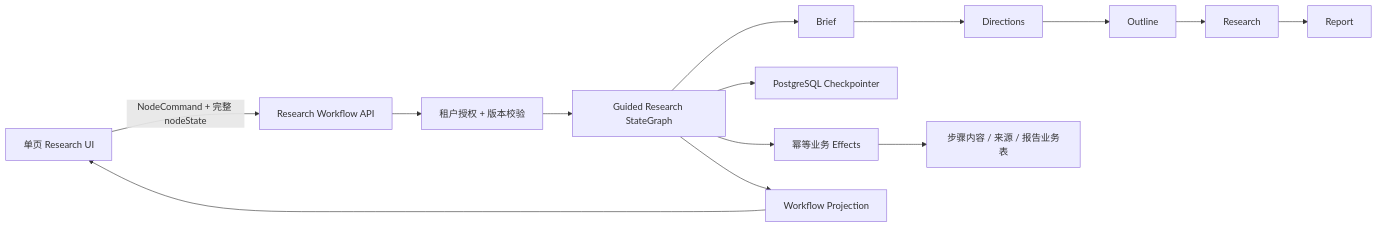
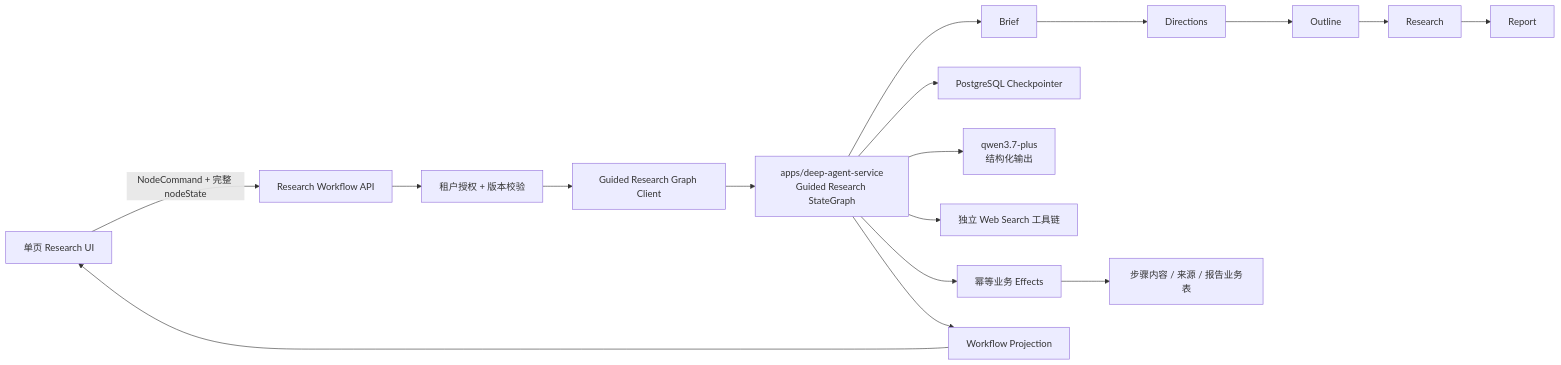
The first of 2 diagrams in docs/superpowers/specs/2026-08-15-guided-research-langgraph-persistence-design.md (boardx/workspacex), drawn with Mermaid before and after one commit. The commit also changed other lines of this file, not shown here.

Commit message:
docs(research): align persistent graph design

````diff
--- a/docs/superpowers/specs/2026-08-15-guided-research-langgraph-persistence-design.md
+++ b/docs/superpowers/specs/2026-08-15-guided-research-langgraph-persistence-design.md
@@ -41,16 +46,19 @@
 ```mermaid
 flowchart LR
     UI["单页 Research UI"] -->|"NodeCommand + 完整 nodeState"| API["Research Workflow API"]
     API --> AUTH["租户授权 + 版本校验"]
-    AUTH --> GRAPH["Guided Research StateGraph"]
+    AUTH --> CLIENT["Guided Research Graph Client"]
+    CLIENT --> GRAPH["apps/deep-agent-service<br/>Guided Research StateGraph"]
     GRAPH --> B["Brief"]
     B --> D["Directions"]
     D --> O["Outline"]
     O --> S["Research"]
     S --> R["Report"]
     GRAPH --> CP["PostgreSQL Checkpointer"]
+    GRAPH --> MODEL["qwen3.7-plus<br/>结构化输出"]
+    GRAPH --> TOOLS["独立 Web Search 工具链"]
     GRAPH --> EFFECTS["幂等业务 Effects"]
     EFFECTS --> DB["步骤内容 / 来源 / 报告业务表"]
     GRAPH --> PROJ["Workflow Projection"]
     PROJ --> UI
 ```
````
